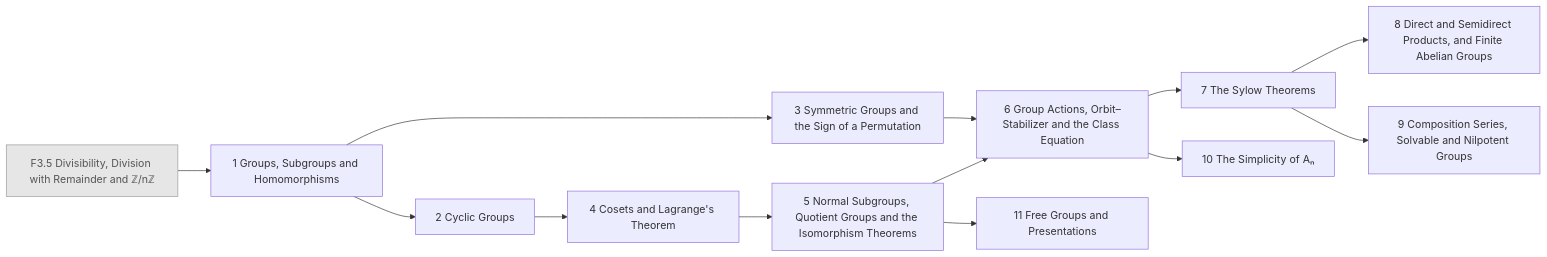
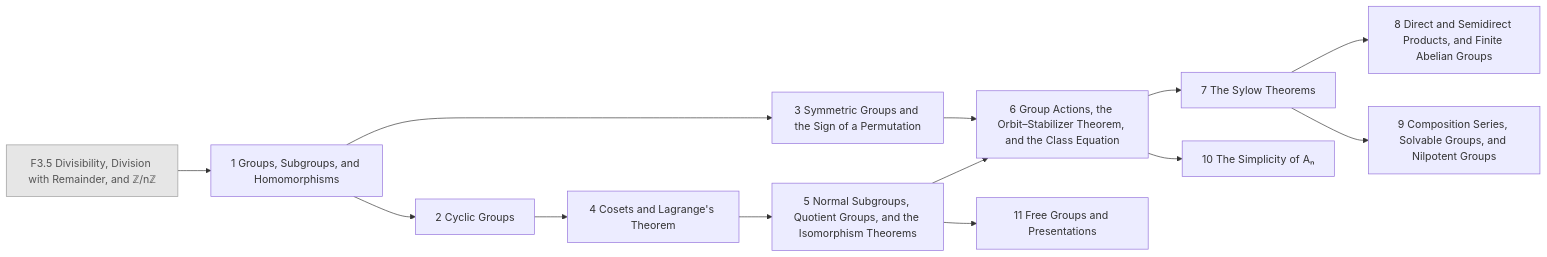
The seventh of 26 diagrams in generated/README.md (AkizumiFox/math-atlas), drawn with Mermaid before and after one commit. The commit also changed other lines of this file and 24 other files, not shown here.

````diff
--- a/generated/README.md
+++ b/generated/README.md
@@ -200,30 +200,30 @@
 ```mermaid
 flowchart LR
-  F3_5["F3.5 Divisibility, Division with Remainder and ℤ/nℤ"]:::ext
-  AL1_1["1 Groups, Subgroups and Homomorphisms"]
+  F3_5["F3.5 Divisibility, Division with Remainder, and ℤ/nℤ"]:::ext
+  AL1_1["1 Groups, Subgroups, and Homomorphisms"]
   AL1_2["2 Cyclic Groups"]
   AL1_3["3 Symmetric Groups and the Sign of a Permutation"]
   AL1_4["4 Cosets and Lagrange's Theorem"]
-  AL1_5["5 Normal Subgroups, Quotient Groups and the Isomorphism Theorems"]
-  AL1_6["6 Group Actions, Orbit–Stabilizer and the Class Equation"]
+  AL1_5["5 Normal Subgroups, Quotient Groups, and the Isomorphism Theorems"]
+  AL1_6["6 Group Actions, the Orbit–Stabilizer Theorem, and the Class Equation"]
   AL1_7["7 The Sylow Theorems"]
   AL1_8["8 Direct and Semidirect Products, and Finite Abelian Groups"]
-  AL1_9["9 Composition Series, Solvable and Nilpotent Groups"]
+  AL1_9["9 Composition Series, Solvable Groups, and Nilpotent Groups"]
   AL1_10["10 The Simplicity of Aₙ"]
   AL1_11["11 Free Groups and Presentations"]
   F3_5 --> AL1_1
   AL1_1 --> AL1_2
   AL1_1 --> AL1_3
   AL1_2 --> AL1_4
   AL1_4 --> AL1_5
   AL1_3 --> AL1_6
   AL1_5 --> AL1_6
   AL1_6 --> AL1_7
   AL1_7 --> AL1_8
   AL1_7 --> AL1_9
   AL1_6 --> AL1_10
   AL1_5 --> AL1_11
   classDef ext fill:#e6e6e6,stroke:#999,color:#555
   classDef opt fill:#fff,stroke:#999,stroke-dasharray:4 3,color:#555
   classDef segb fill:#f6f6fb,stroke:#99a,color:#333
 ```
````
